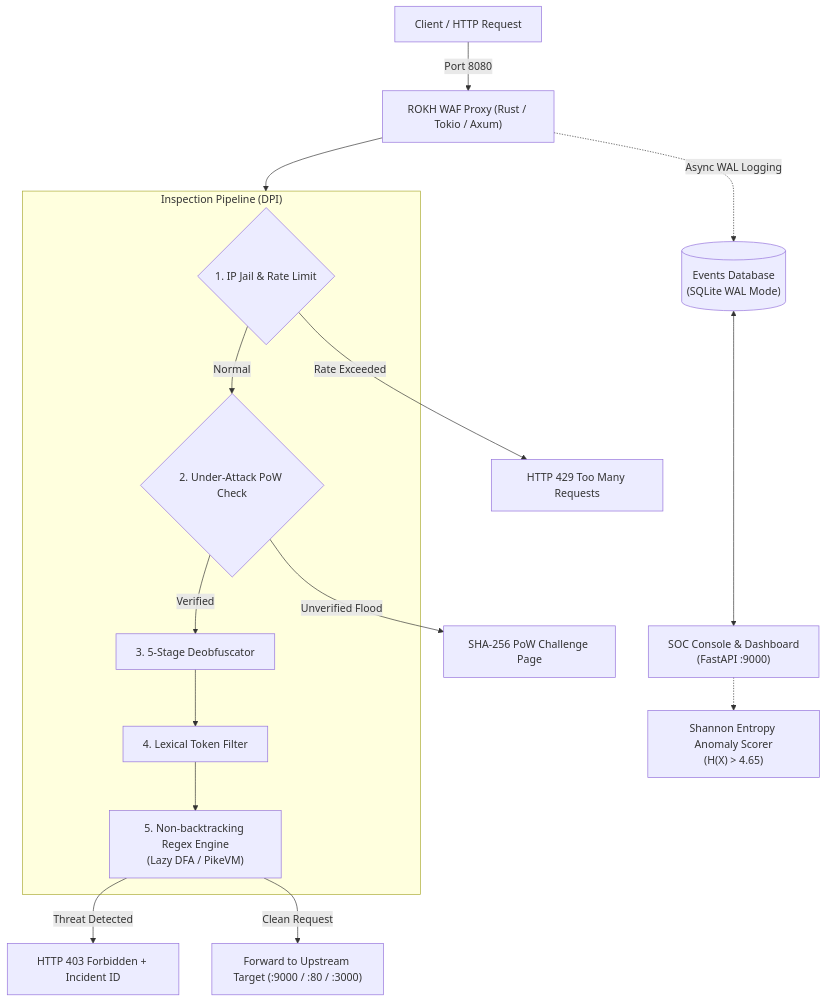
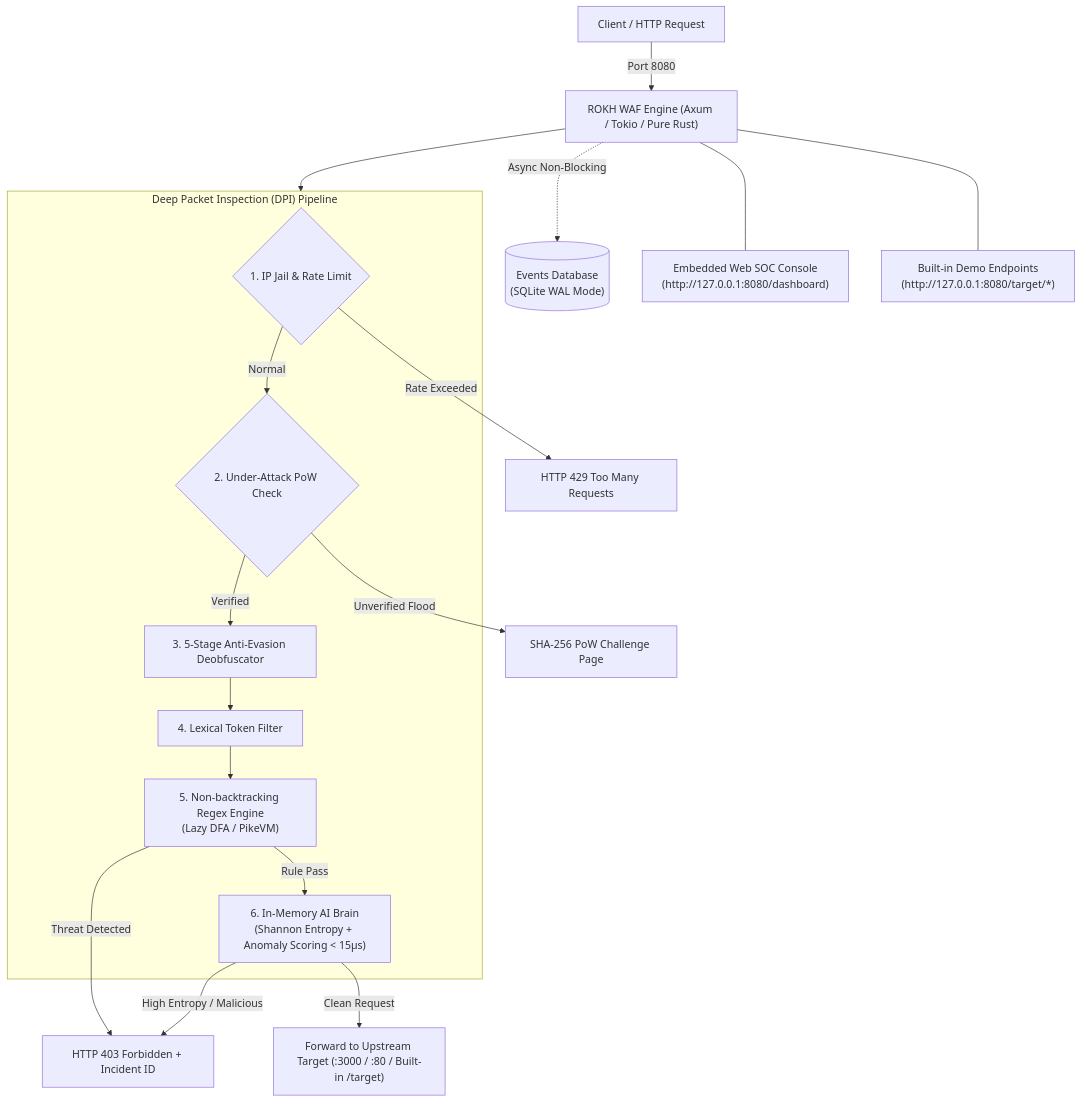
Before and after one commit to LastPw/ROKH-WAF: the diagram in README.md, drawn with Mermaid. The commit also changed other lines of this file and 18 other files, not shown here.

First line of the commit message:
feat(pure-rust): migrate entire WAF & SOC to 100% native Rust

````diff
--- a/README.md
+++ b/README.md
@@ -39,28 +42,31 @@
 ```mermaid
 flowchart TD
-    Client["Client / HTTP Request"] -->|Port 8080| Proxy["ROKH WAF Proxy (Rust / Tokio / Axum)"]
+    Client["Client / HTTP Request"] -->|Port 8080| Proxy["ROKH WAF Engine (Axum / Tokio / Pure Rust)"]
     
-    subgraph InspectionPipeline["Inspection Pipeline (DPI)"]
+    subgraph InspectionPipeline["Deep Packet Inspection (DPI) Pipeline"]
         Jail{"1. IP Jail & Rate Limit"}
         PoW{"2. Under-Attack PoW Check"}
-        Deobf["3. 5-Stage Deobfuscator"]
+        Deobf["3. 5-Stage Anti-Evasion Deobfuscator"]
         Tokenizer["4. Lexical Token Filter"]
         RegexMatch["5. Non-backtracking Regex Engine\n(Lazy DFA / PikeVM)"]
+        AI["6. In-Memory AI Brain\n(Shannon Entropy + Anomaly Scoring < 15µs)"]
         
         Jail -->|Normal| PoW
         PoW -->|Verified| Deobf
         Deobf --> Tokenizer
         Tokenizer --> RegexMatch
+        RegexMatch -->|Rule Pass| AI
     end
 
     Proxy --> InspectionPipeline
     
     Jail -->|Rate Exceeded| Drop["HTTP 429 Too Many Requests"]
     PoW -->|Unverified Flood| Challenge["SHA-256 PoW Challenge Page"]
     RegexMatch -->|Threat Detected| Block["HTTP 403 Forbidden + Incident ID"]
-    RegexMatch -->|Clean Request| Upstream["Forward to Upstream Target (:9000 / :80 / :3000)"]
+    AI -->|High Entropy / Malicious| Block
+    AI -->|Clean Request| Upstream["Forward to Upstream Target (:3000 / :80 / Built-in /target)"]
 
-    Proxy -.->|Async WAL Logging| DB[("Events Database\n(SQLite WAL Mode)")]
-    DB <---> SOC["SOC Console & Dashboard\n(FastAPI :9000)"]
-    SOC -.-> AI["Shannon Entropy Anomaly Scorer\n(H(X) > 4.65)"]
+    Proxy -.->|Async Non-Blocking| DB[("Events Database\n(SQLite WAL Mode)")]
+    Proxy --- Dashboard["Embedded Web SOC Console\n(http://127.0.0.1:8080/dashboard)"]
+    Proxy --- MockTarget["Built-in Demo Endpoints\n(http://127.0.0.1:8080/target/*)"]
 ```
````
